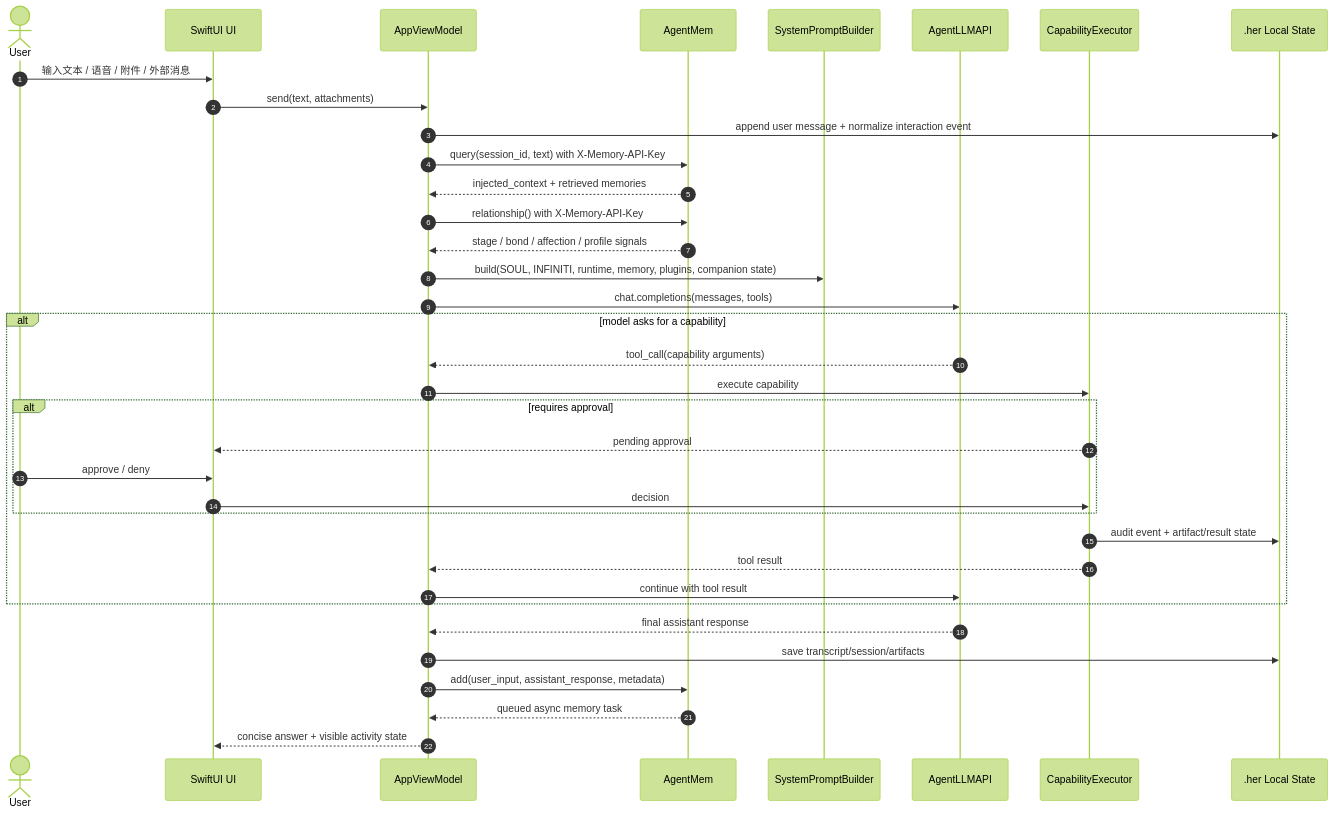
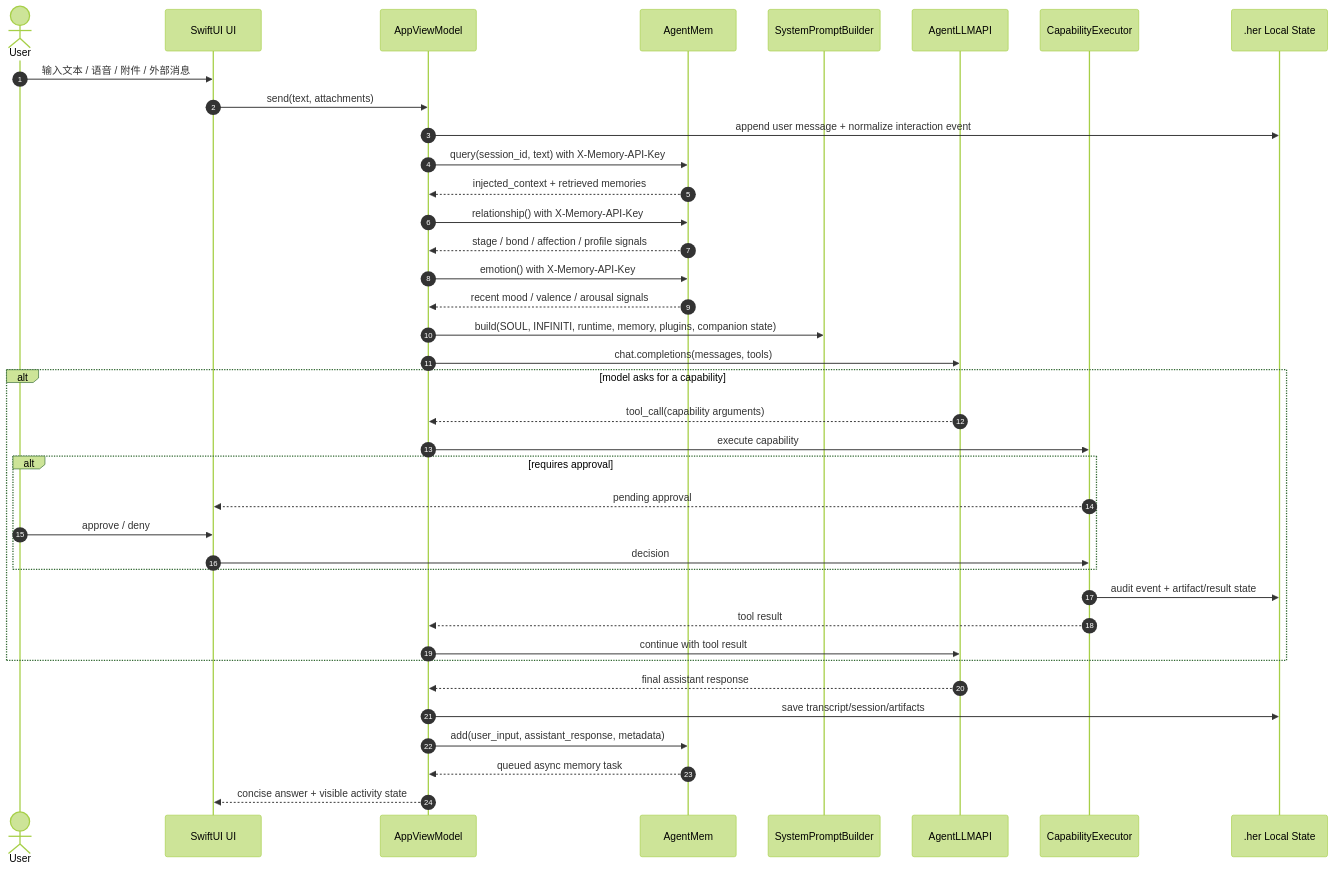
Before and after one commit to stelee410/her-desktop: the sixth of 7 diagrams in docs/her-desktop-architecture.md, drawn with Mermaid (forest theme). The commit also changed 9 other files, not shown here.

Commit message:
Add AgentMem emotion signal support

````diff
--- a/docs/her-desktop-architecture.md
+++ b/docs/her-desktop-architecture.md
@@ -332,39 +332,41 @@
 ```mermaid
 sequenceDiagram
     autonumber
     actor U as User
     participant UI as SwiftUI UI
     participant VM as AppViewModel
     participant MEM as AgentMem
     participant PB as SystemPromptBuilder
     participant LLM as AgentLLMAPI
     participant EX as CapabilityExecutor
     participant APP as .her Local State
 
     U->>UI: 输入文本 / 语音 / 附件 / 外部消息
     UI->>VM: send(text, attachments)
     VM->>APP: append user message + normalize interaction event
     VM->>MEM: query(session_id, text) with X-Memory-API-Key
     MEM-->>VM: injected_context + retrieved memories
     VM->>MEM: relationship() with X-Memory-API-Key
     MEM-->>VM: stage / bond / affection / profile signals
+    VM->>MEM: emotion() with X-Memory-API-Key
+    MEM-->>VM: recent mood / valence / arousal signals
     VM->>PB: build(SOUL, INFINITI, runtime, memory, plugins, companion state)
     VM->>LLM: chat.completions(messages, tools)
     alt model asks for a capability
         LLM-->>VM: tool_call(capability arguments)
         VM->>EX: execute capability
         alt requires approval
             EX-->>UI: pending approval
             U->>UI: approve / deny
             UI->>EX: decision
         end
         EX->>APP: audit event + artifact/result state
         EX-->>VM: tool result
         VM->>LLM: continue with tool result
     end
     LLM-->>VM: final assistant response
     VM->>APP: save transcript/session/artifacts
     VM->>MEM: add(user_input, assistant_response, metadata)
     MEM-->>VM: queued async memory task
     VM-->>UI: concise answer + visible activity state
 ```
````
